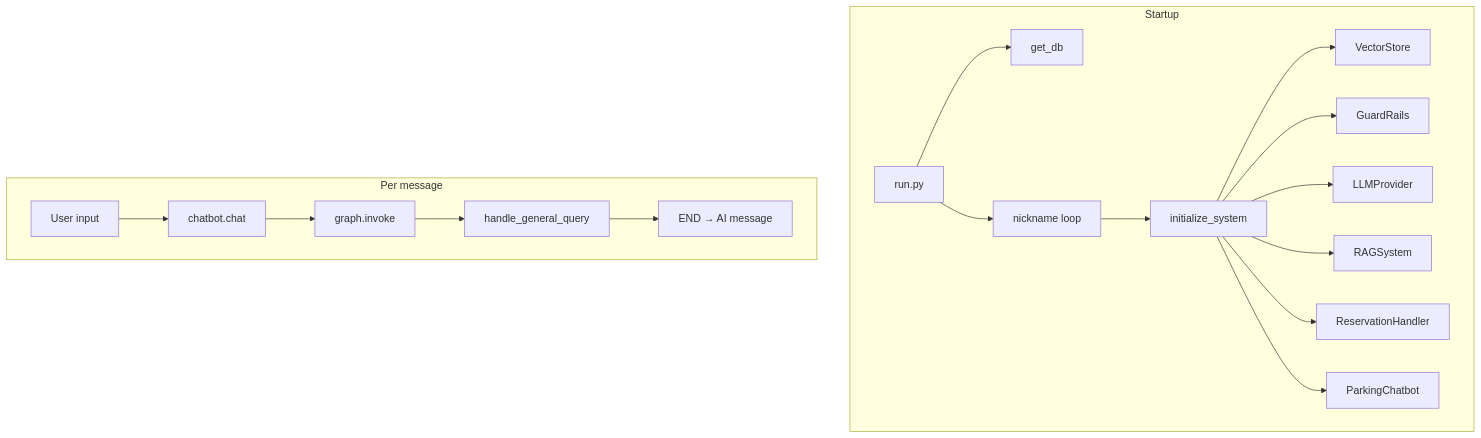
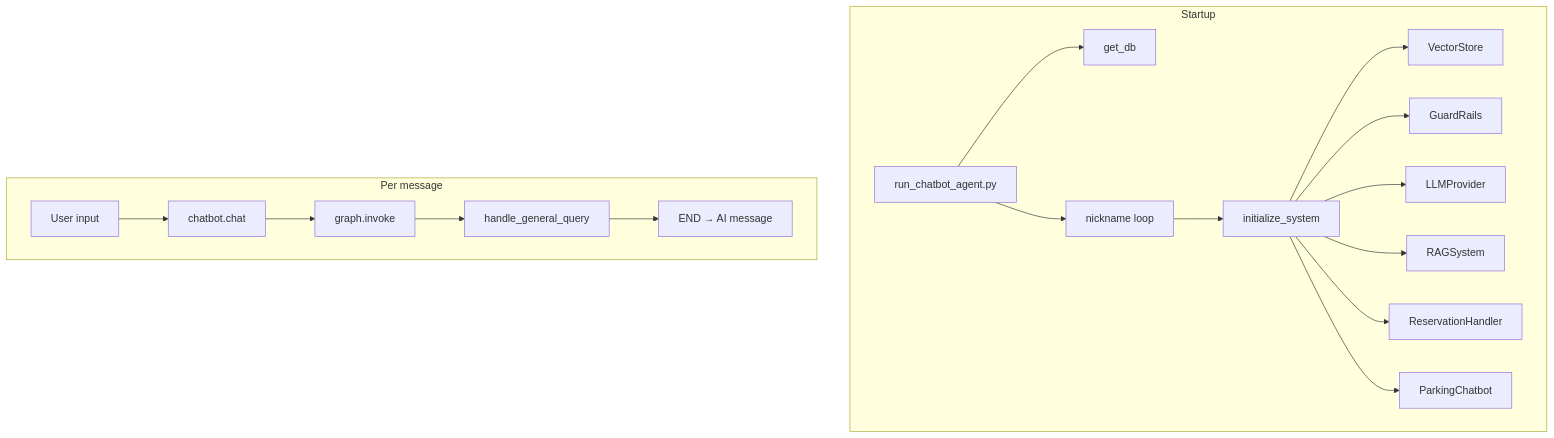
One commit to oliaboo/parking_reservation_chatbot changed the second of 9 diagrams in docs/SYSTEM_SUMMARY.md. Above: the diagram before and after it, drawn with Mermaid. The commit also changed other lines of this file and 19 other files, not shown here.

````diff
--- a/docs/SYSTEM_SUMMARY.md
+++ b/docs/SYSTEM_SUMMARY.md
@@ -99,20 +99,20 @@
 ```mermaid
 flowchart TB
   subgraph startup["Startup"]
-    R[run.py] --> G[get_db]
+    R[run_chatbot_agent.py] --> G[get_db]
     R --> N[nickname loop]
     N --> I[initialize_system]
     I --> VS[VectorStore]
     I --> GR[GuardRails]
     I --> LLM[LLMProvider]
     I --> RAG[RAGSystem]
     I --> RH[ReservationHandler]
     I --> PC[ParkingChatbot]
   end
   subgraph permsg["Per message"]
     U[User input] --> CHAT[chatbot.chat]
     CHAT --> INV[graph.invoke]
     INV --> HG[handle_general_query]
     HG --> END[END → AI message]
   end
 ```
````
